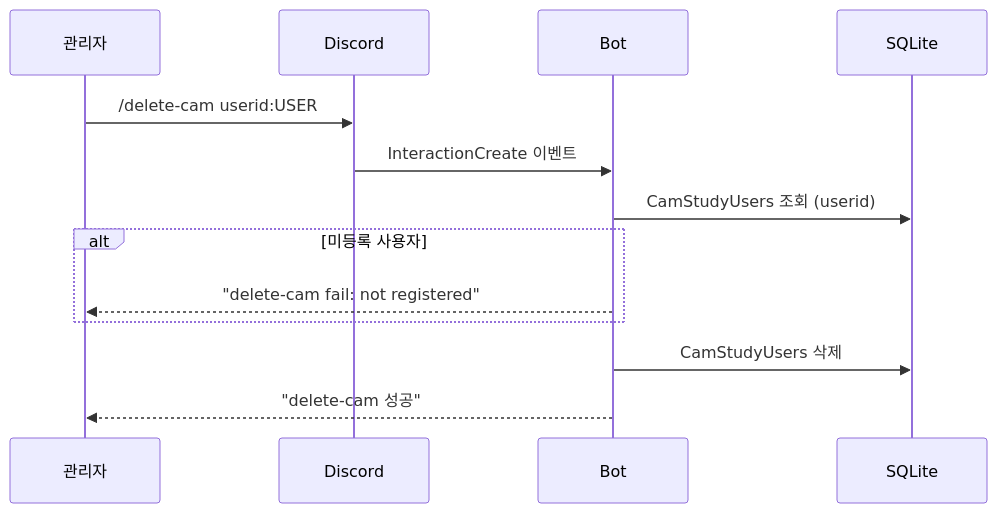
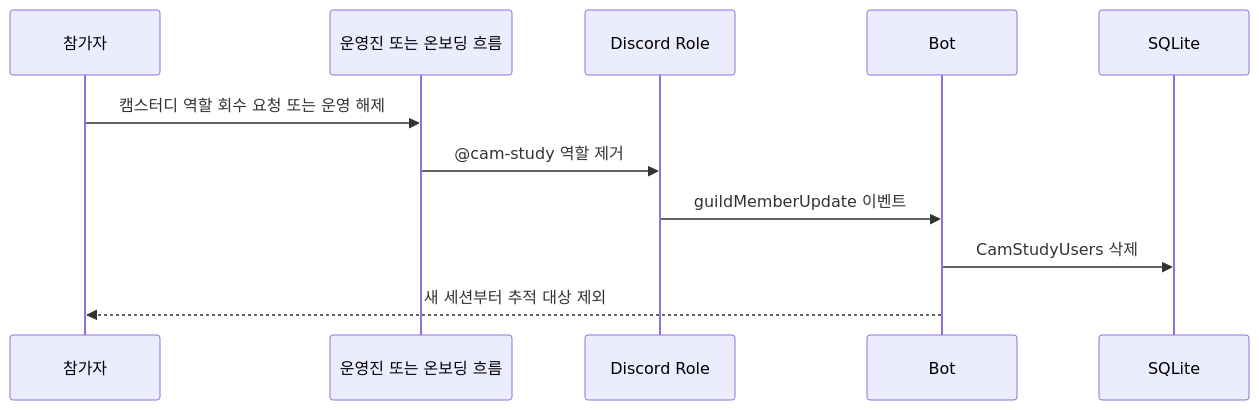
Diagram 14 of 16 in docs/USER_STORIES.md (honki12345/haruharu-discord-bot), drawn with Mermaid before and after one commit. The commit also changed other lines of this file and 13 other files, not shown here.

Commit message:
feat: sync cam study registration to role changes (#53)

````diff
--- a/docs/USER_STORIES.md
+++ b/docs/USER_STORIES.md
@@ -612,19 +616,14 @@
 ```mermaid
 sequenceDiagram
-    participant A as 관리자
-    participant D as Discord
+    participant U as 참가자
+    participant O as 운영진 또는 온보딩 흐름
+    participant D as Discord Role
     participant B as Bot
     participant DB as SQLite
 
-    A->>D: /delete-cam userid:USER
-
-    D->>B: InteractionCreate 이벤트
-
-    B->>DB: CamStudyUsers 조회 (userid)
-    alt 미등록 사용자
-        B-->>A: "delete-cam fail: not registered"
-    end
-
+    U->>O: 캠스터디 역할 회수 요청 또는 운영 해제
+    O->>D: @cam-study 역할 제거
+    D->>B: guildMemberUpdate 이벤트
     B->>DB: CamStudyUsers 삭제
-    B-->>A: "delete-cam 성공"
+    B-->>U: 새 세션부터 추적 대상 제외
 ```
````
